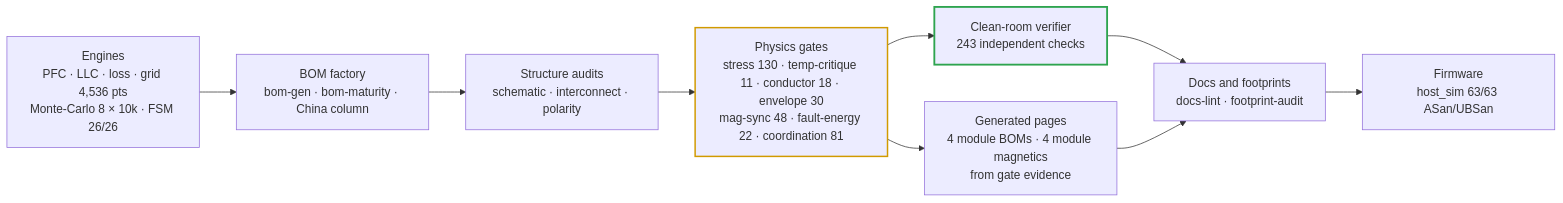
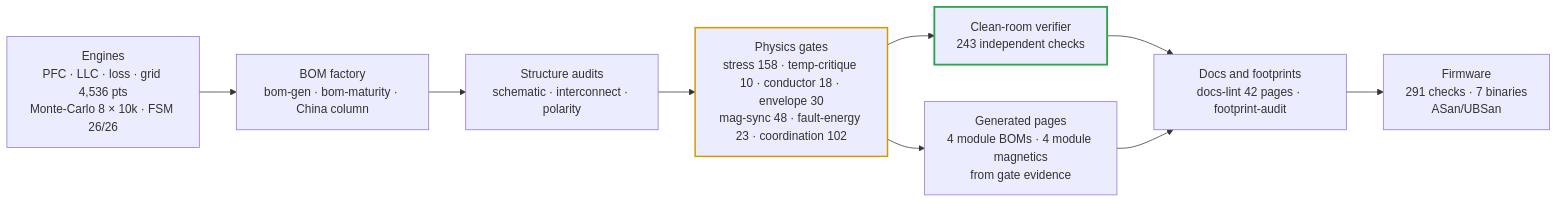
One commit to vectivolt/DC-Modules changed the third of 4 diagrams in README.md. Above: the diagram before and after it, drawn with Mermaid. The commit also changed other lines of this file and 37 other files, not shown here.

First line of the commit message:
E81 docs: premium polish pass — 42 pages restructured, 80 diagrams, 61+ stale claims fixed, gates synced

````diff
--- a/README.md
+++ b/README.md
@@ -117,13 +133,13 @@
 ```mermaid
 flowchart LR
   E["Engines<br/>PFC · LLC · loss · grid 4,536 pts<br/>Monte-Carlo 8 × 10k · FSM 26/26"] --> B["BOM factory<br/>bom-gen · bom-maturity · China column"]
   B --> S["Structure audits<br/>schematic · interconnect · polarity"]
-  S --> P["Physics gates<br/>stress 130 · temp-critique 11 · conductor 18 · envelope 30<br/>mag-sync 48 · fault-energy 22 · coordination 81"]
+  S --> P["Physics gates<br/>stress 158 · temp-critique 10 · conductor 18 · envelope 30<br/>mag-sync 48 · fault-energy 23 · coordination 102"]
   P --> I["Clean-room verifier<br/>243 independent checks"]
-  I --> D["Docs and footprints<br/>docs-lint · footprint-audit"]
-  D --> F["Firmware<br/>host_sim 63/63 ASan/UBSan"]
+  I --> D["Docs and footprints<br/>docs-lint 42 pages · footprint-audit"]
+  D --> F["Firmware<br/>291 checks · 7 binaries<br/>ASan/UBSan"]
   P --> G["Generated pages<br/>4 module BOMs · 4 module magnetics<br/>from gate evidence"]
   G --> D
   style I stroke:#2ea44f,stroke-width:2.5px
   style P stroke:#d19a00,stroke-width:2px
 ```
````
